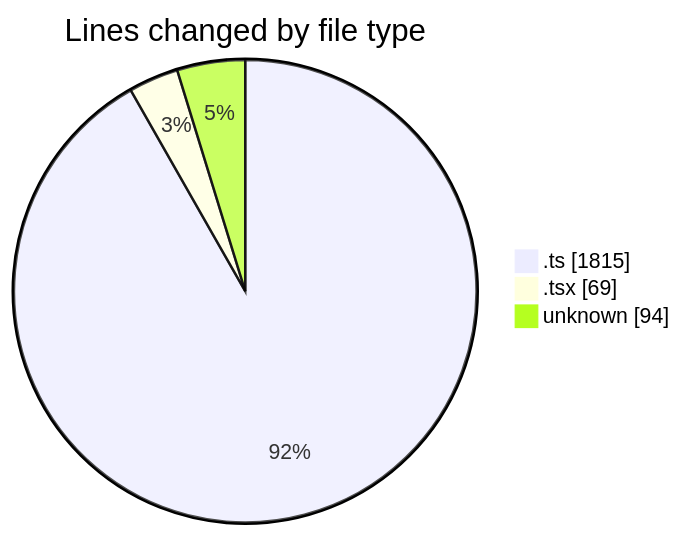
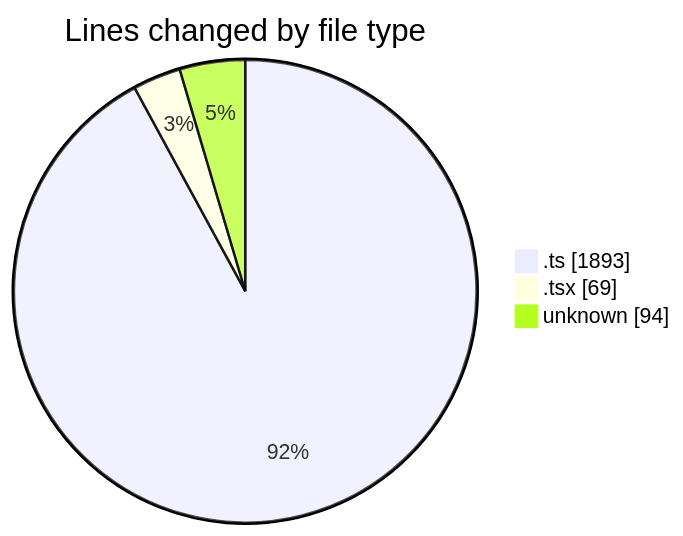
The first of 2 diagrams in 2025-09-11/cda/README.md (momahboobian/code-tracking), drawn with Mermaid before and after one commit. The commit also changed other lines of this file and 1 other file, not shown here.

````diff
--- a/2025-09-11/cda/README.md
+++ b/2025-09-11/cda/README.md
@@ -29,7 +29,7 @@
 ```mermaid
 pie showData
 title Lines changed by file type
-".ts" : 1815
+".ts" : 1893
 ".tsx" : 69
 "unknown" : 94
 ```
````
